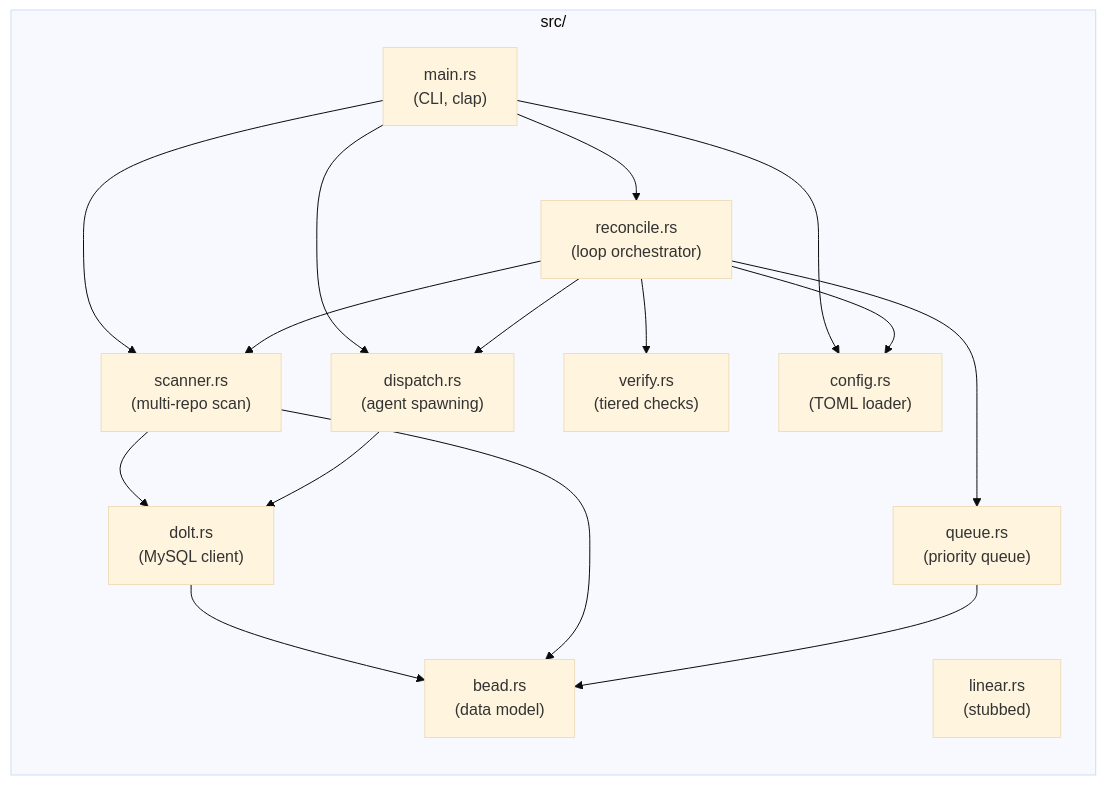
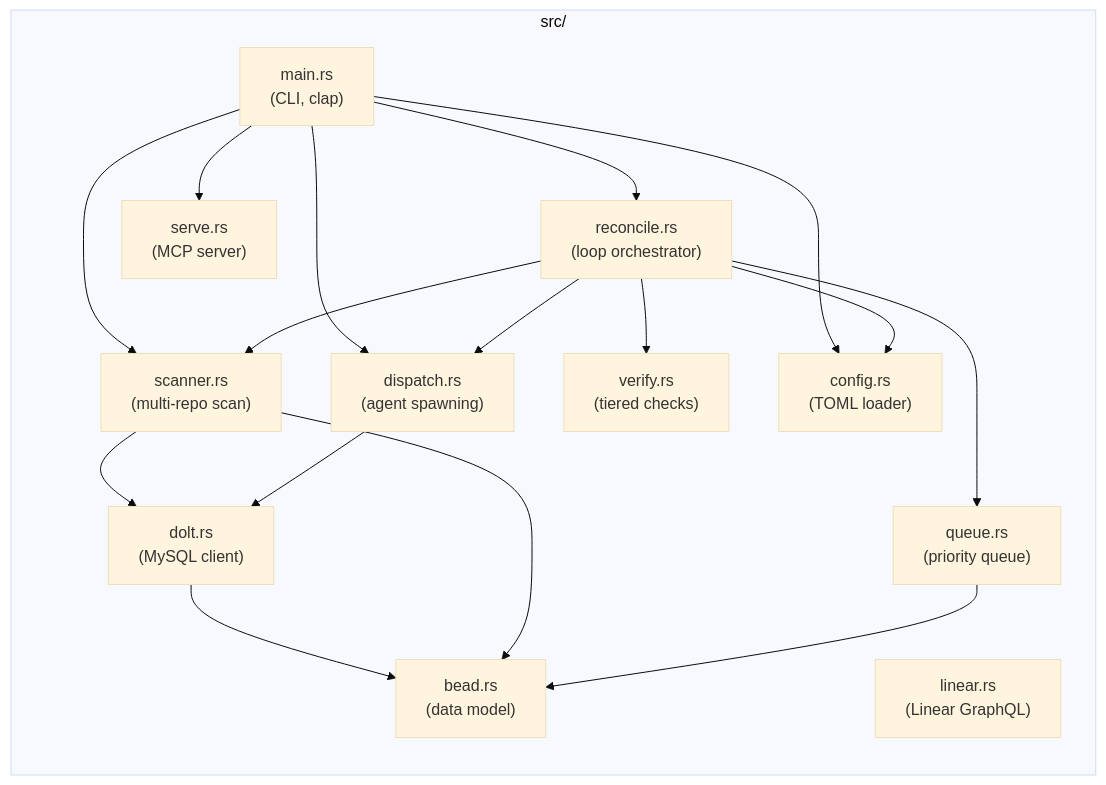
One commit to agentic-research/rosary changed the fourth of 7 diagrams in docs/ARCHITECTURE.md. Above: the diagram before and after it, drawn with Mermaid (base theme). The commit also changed other lines of this file and 12 other files, not shown here.

````diff
--- a/docs/ARCHITECTURE.md
+++ b/docs/ARCHITECTURE.md
@@ -86,33 +86,35 @@
 ```mermaid
 graph LR
     subgraph "src/"
         main["main.rs<br/>(CLI, clap)"]
         reconcile["reconcile.rs<br/>(loop orchestrator)"]
         scanner["scanner.rs<br/>(multi-repo scan)"]
         queue["queue.rs<br/>(priority queue)"]
         dispatch["dispatch.rs<br/>(agent spawning)"]
         verify["verify.rs<br/>(tiered checks)"]
         dolt["dolt.rs<br/>(MySQL client)"]
         bead["bead.rs<br/>(data model)"]
         config["config.rs<br/>(TOML loader)"]
-        linear["linear.rs<br/>(stubbed)"]
+        linear["linear.rs<br/>(Linear GraphQL)"]
+        serve["serve.rs<br/>(MCP server)"]
     end
 
     main --> reconcile
     main --> scanner
     main --> dispatch
+    main --> serve
 
     reconcile --> scanner
     reconcile --> queue
     reconcile --> dispatch
     reconcile --> verify
 
     scanner --> dolt
     dispatch --> dolt
     dolt --> bead
     scanner --> bead
     queue --> bead
 
     main --> config
     reconcile --> config
 ```
````
